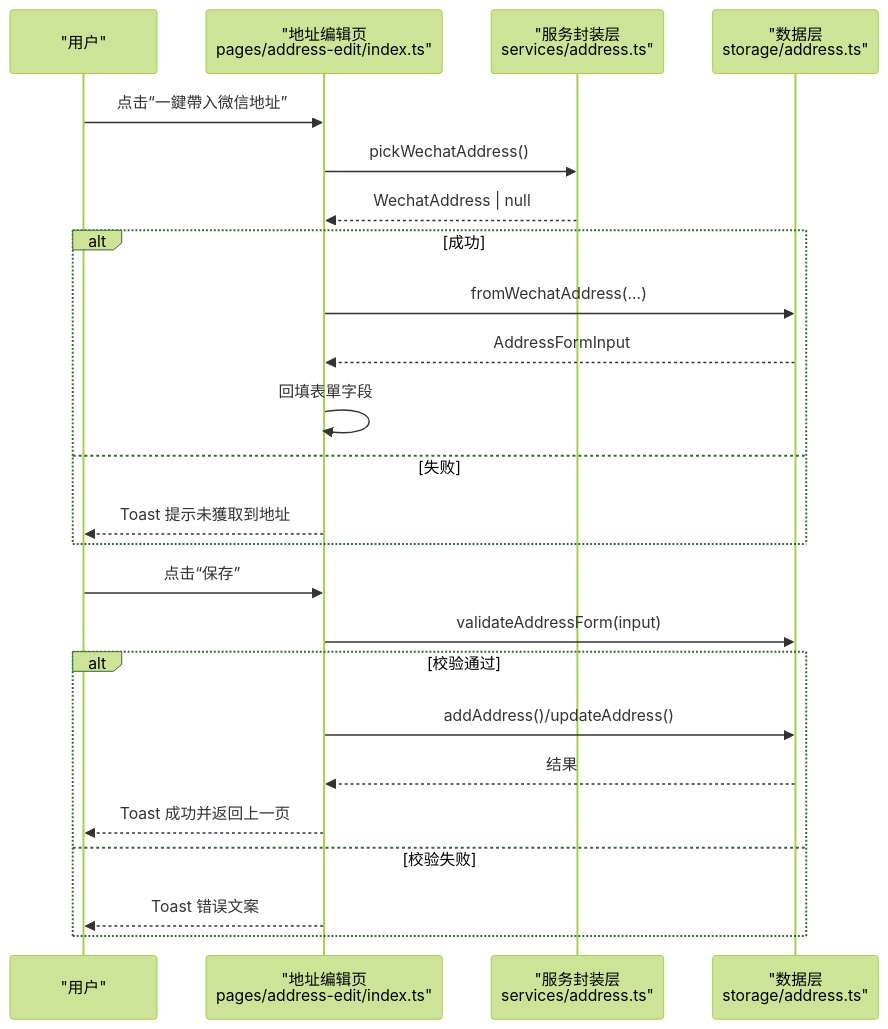
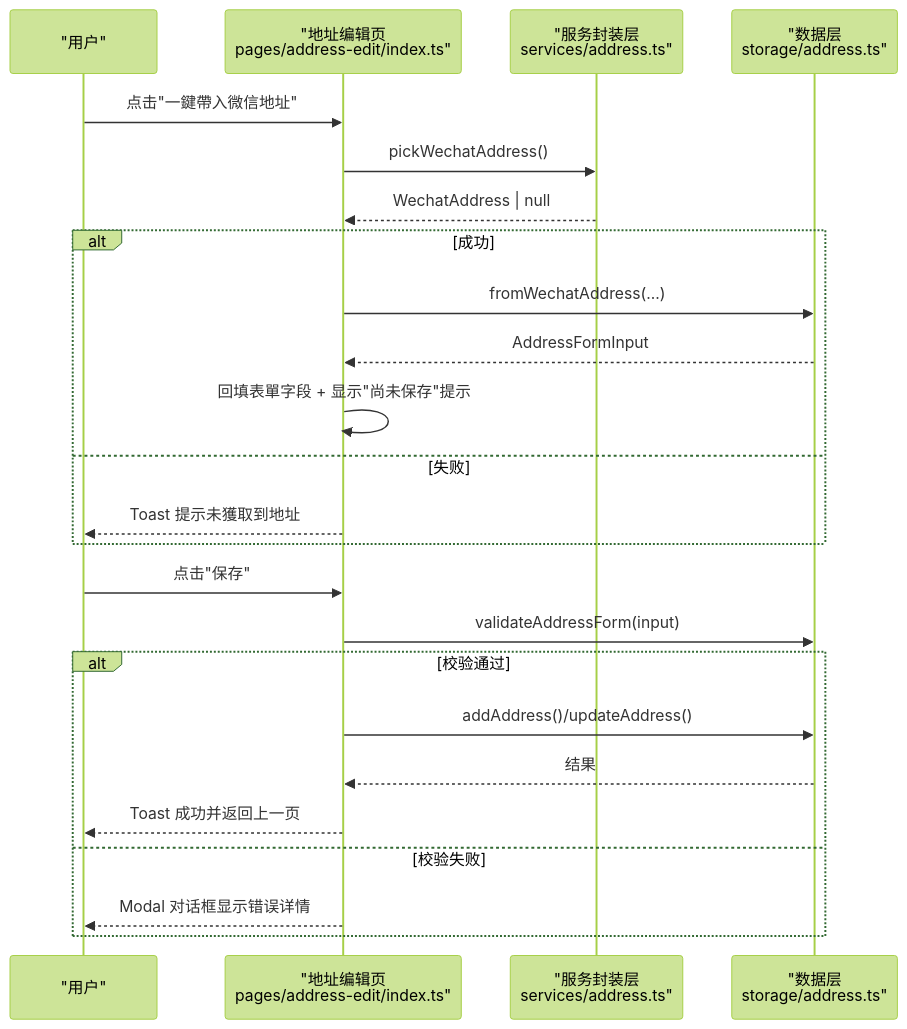
Before and after one commit to Ichi-Hackton/WAIC-WeChat-MiniProgram: the second of 7 diagrams in .qoder/repowiki/zh/content/用户界面/地址管理系统.md, drawn with Mermaid (forest theme). The commit also changed other lines of this file and 28 other files, not shown here.

````diff
--- a/.qoder/repowiki/zh/content/用户界面/地址管理系统.md
+++ b/.qoder/repowiki/zh/content/用户界面/地址管理系统.md
@@ -95,26 +106,26 @@
 ```mermaid
 sequenceDiagram
 participant U as "用户"
 participant P as "地址编辑页<br/>pages/address-edit/index.ts"
 participant S as "服务封装层<br/>services/address.ts"
 participant L as "数据层<br/>storage/address.ts"
-U->>P : 点击“一鍵帶入微信地址”
+U->>P : 点击"一鍵帶入微信地址"
 P->>S : pickWechatAddress()
 S-->>P : WechatAddress | null
 alt 成功
 P->>L : fromWechatAddress(...)
 L-->>P : AddressFormInput
-P->>P : 回填表單字段
+P->>P : 回填表單字段 + 显示"尚未保存"提示
 else 失败
 P-->>U : Toast 提示未獲取到地址
 end
-U->>P : 点击“保存”
+U->>P : 点击"保存"
 P->>L : validateAddressForm(input)
 alt 校验通过
 P->>L : addAddress()/updateAddress()
 L-->>P : 结果
 P-->>U : Toast 成功并返回上一页
 else 校验失败
-P-->>U : Toast 错误文案
+P-->>U : Modal 对话框显示错误详情
 end
 ```
````
